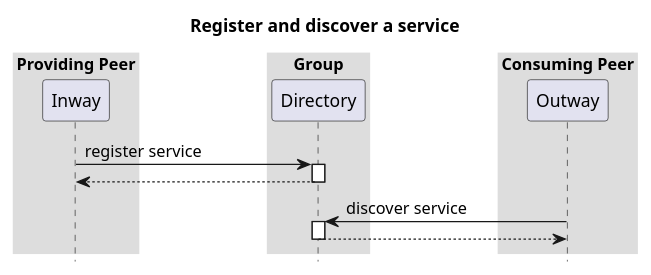
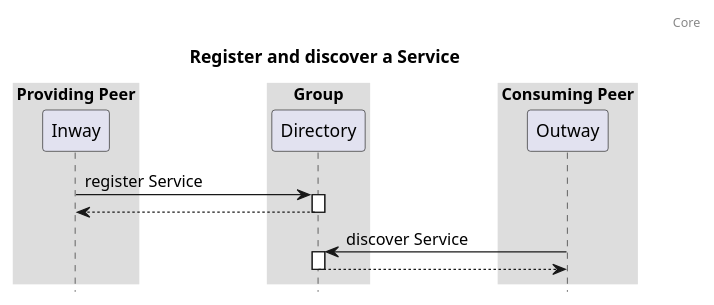
Before and after one commit to Logius-standaarden/fsc-core: the diagram in diagrams/seq-service-discovery.puml, drawn with PlantUML. The commit also changed 7 other files, not shown here.

Commit message:
improved sequence diagrams

```diff
--- a/diagrams/seq-service-discovery.puml
+++ b/diagrams/seq-service-discovery.puml
@@ -1,21 +1,23 @@
 @startuml
-title: Register and discover a service
+
+header: Core
+title: Register and discover a Service
 
 box "Providing Peer"
   participant "Inway" as inway
 end box
 box "Group"
   participant "Directory" as directory
 end box
 box "Consuming Peer"
   participant "Outway" as outway
 end box
-inway -> directory ++ : register service
+inway -> directory ++ : register Service
 return
-outway -> directory ++ : discover service
+outway -> directory ++ : discover Service
 return
 
 skinparam sequenceBoxBorderColor #transparent
 skinparam boxPadding 50
 hide footbox
 @enduml
```
